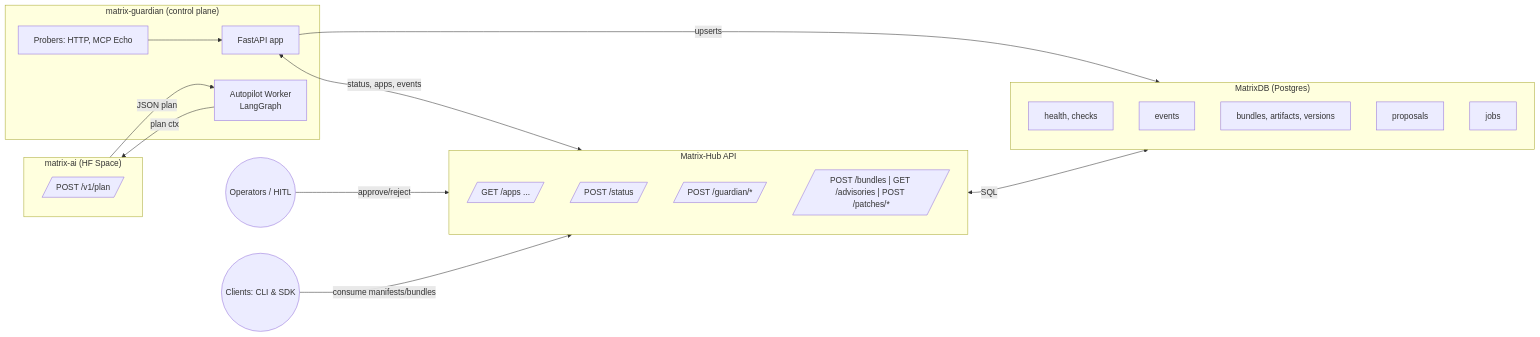
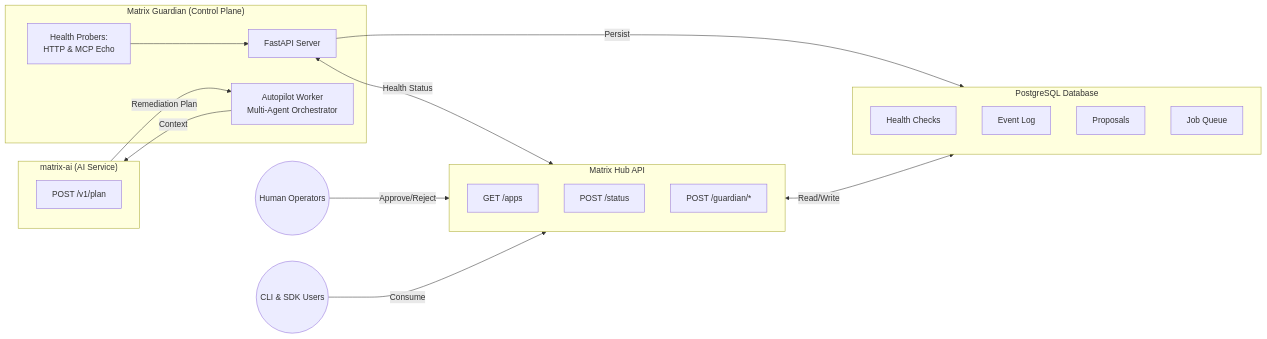
Before and after one commit to agent-matrix/matrix-guardian: the first of 2 diagrams in README.md, drawn with Mermaid. The commit also changed other lines of this file and 77 other files, not shown here.

````diff
--- a/README.md
+++ b/README.md
@@ -22,39 +36,37 @@
 ```mermaid
 flowchart LR
-    subgraph Guardian["matrix-guardian (control plane)"]
-        API[FastAPI app]
-        Autopilot[Autopilot Worker<br/>LangGraph]
-        Tools[Probers: HTTP, MCP Echo]
+    subgraph Guardian["Matrix Guardian (Control Plane)"]
+        API[FastAPI Server]
+        Autopilot[Autopilot Worker<br/>Multi-Agent Orchestrator]
+        Tools[Health Probers:<br/>HTTP & MCP Echo]
     end
 
-    subgraph MatrixAI["matrix-ai (HF Space)"]
-        PlanAPI[/POST /v1/plan/]
+    subgraph MatrixAI["matrix-ai (AI Service)"]
+        PlanAPI[POST /v1/plan]
     end
 
-    subgraph Hub["Matrix-Hub API"]
-        Apps[/GET /apps .../]
-        Status[/POST /status/]
-        GuardianEP[/POST /guardian/*/]
-        OptIn[/POST /bundles | GET /advisories | POST /patches/*/]
+    subgraph Hub["Matrix Hub API"]
+        Apps[GET /apps]
+        Status[POST /status]
+        Events[POST /guardian/*]
     end
 
-    subgraph DB["MatrixDB (Postgres)"]
-        Health[health, checks]
-        Events[events]
-        Bundles[bundles, artifacts, versions]
-        Proposals[proposals]
-        Jobs[jobs]
+    subgraph DB["PostgreSQL Database"]
+        Health[Health Checks]
+        EventLog[Event Log]
+        Proposals[Proposals]
+        Jobs[Job Queue]
     end
 
-    Operators((Operators / HITL))
-    Clients((Clients: CLI & SDK))
+    Operators((Human Operators))
+    Clients((CLI & SDK Users))
 
     Tools --> API
-    API <-->|status, apps, events| Hub
-    Autopilot -->|plan ctx| MatrixAI
-    MatrixAI -->|JSON plan| Autopilot
-    API -->|upserts| DB
-    Hub <-->|SQL| DB
-    Operators -->|approve/reject| Hub
-    Clients -->|consume manifests/bundles| Hub
+    API <-->|Health Status| Hub
+    Autopilot -->|Context| MatrixAI
+    MatrixAI -->|Remediation Plan| Autopilot
+    API -->|Persist| DB
+    Hub <-->|Read/Write| DB
+    Operators -->|Approve/Reject| Hub
+    Clients -->|Consume| Hub
 ```
````
